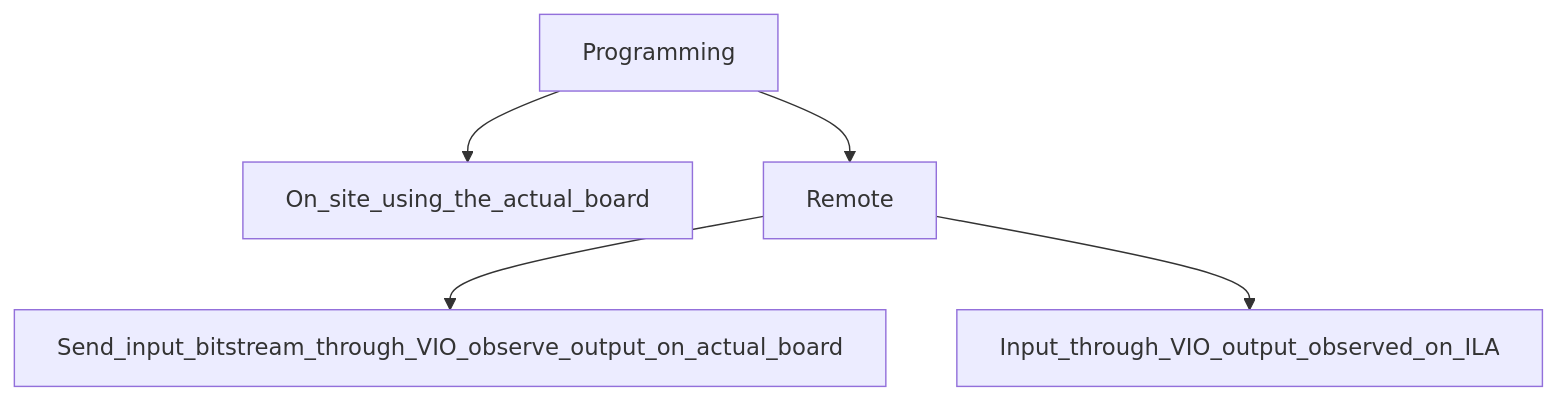
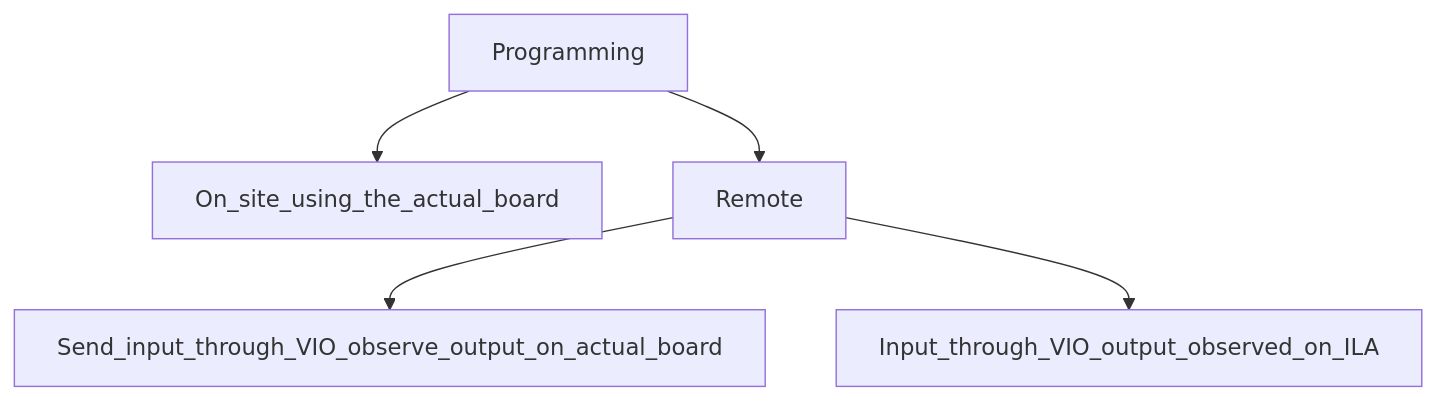
One commit to stativeboss/FPGA-Fabric_Design_and_Architecture changed the third of 3 diagrams in README.md. Above: the diagram before and after it, drawn with Mermaid.

````diff
--- a/README.md
+++ b/README.md
@@ -190,7 +190,7 @@
 ```mermaid
 flowchart TD;
   Programming --> On_site_using_the_actual_board;
   Programming --> Remote;
-  Remote --> Send_input_bitstream_through_VIO_observe_output_on_actual_board;
+  Remote --> Send_input_through_VIO_observe_output_on_actual_board;
   Remote --> Input_through_VIO_output_observed_on_ILA;
 ```
````
